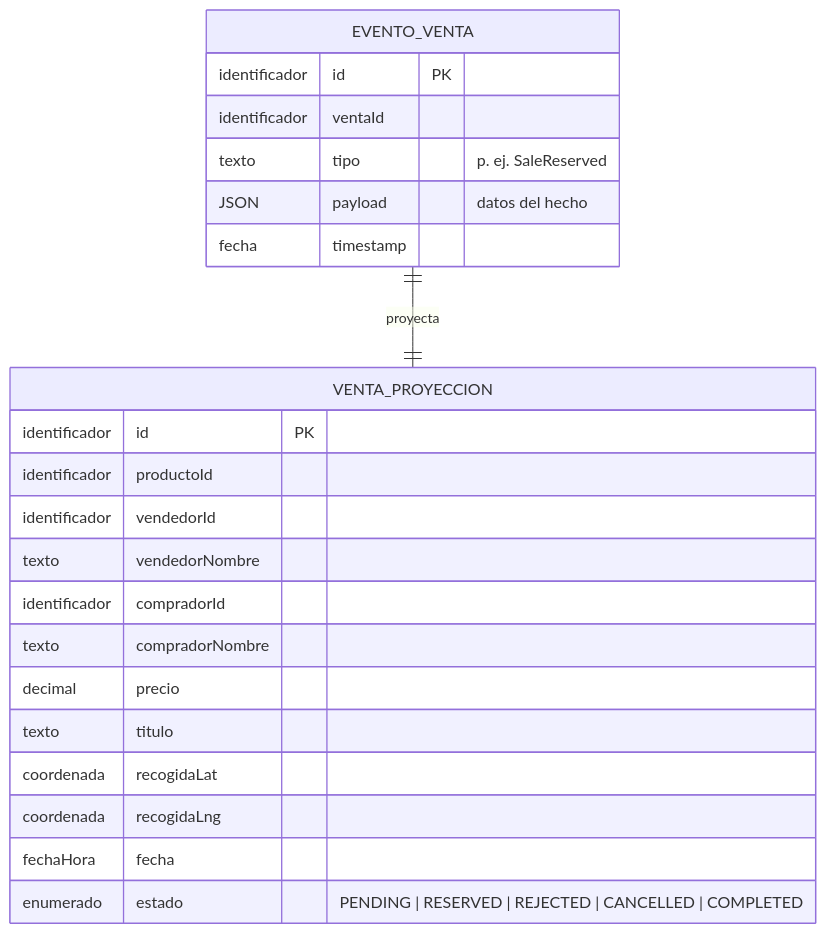
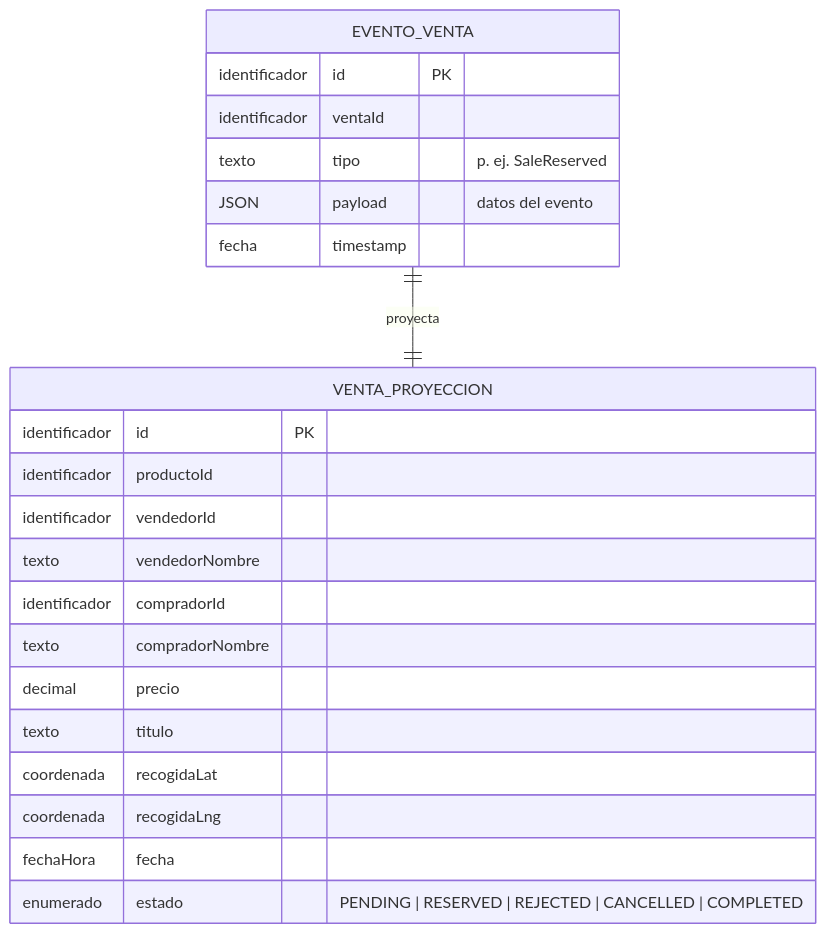
One commit to ibracb/segundum changed the third of 4 diagrams in docs/02-datos.md. Above: the diagram before and after it, drawn with Mermaid. The commit also changed other lines of this file and 4 other files, not shown here.

````diff
--- a/docs/02-datos.md
+++ b/docs/02-datos.md
@@ -146,25 +146,25 @@
 ```mermaid
 erDiagram
     EVENTO_VENTA {
         identificador id PK
         identificador ventaId
         texto tipo "p. ej. SaleReserved"
-        JSON payload "datos del hecho"
+        JSON payload "datos del evento"
         fecha timestamp
     }
     VENTA_PROYECCION {
         identificador id PK
         identificador productoId
         identificador vendedorId
         texto vendedorNombre
         identificador compradorId
         texto compradorNombre
         decimal precio
         texto titulo
         coordenada recogidaLat
         coordenada recogidaLng
         fechaHora fecha
         enumerado estado "PENDING | RESERVED | REJECTED | CANCELLED | COMPLETED"
     }
     EVENTO_VENTA ||--|| VENTA_PROYECCION : "proyecta"
 ```
````
